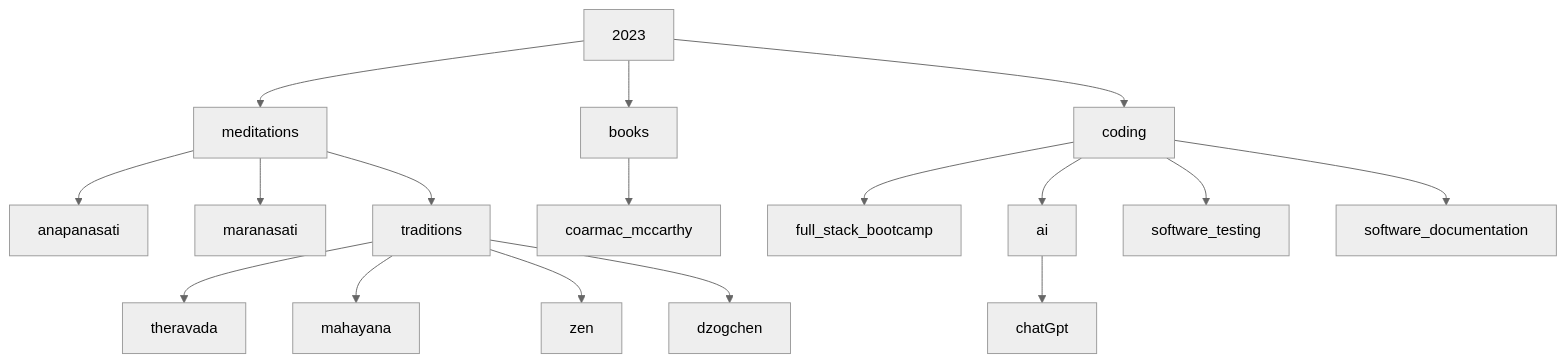
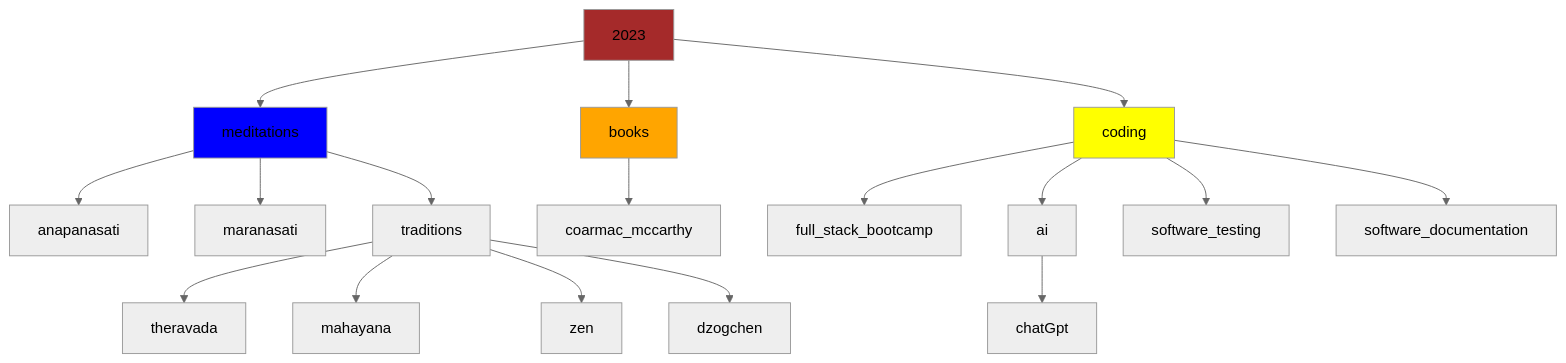
Before and after one commit to shane0/shane0.github.io: the diagram in docs/index.md, drawn with Mermaid (neutral theme). The commit also changed 2 other files, not shown here.

Commit message:
'more tables'

````diff
--- a/docs/index.md
+++ b/docs/index.md
@@ -114,17 +101,21 @@
 ```mermaid
 graph
 2023 --> books 
 2023 --> meditations
 meditations --> anapanasati
 meditations --> maranasati 
 meditations --> traditions 
 traditions --> theravada 
 traditions --> mahayana 
 traditions --> zen
 traditions --> dzogchen 
 books --> coarmac_mccarthy 
 2023 --> coding --> full_stack_bootcamp 
 coding --> ai --> chatGpt
 coding --> software_testing 
 coding --> software_documentation
+style 2023 fill: brown
+style meditations fill: blue 
+style books fill: orange 
+style coding fill: yellow 
 ```
````
